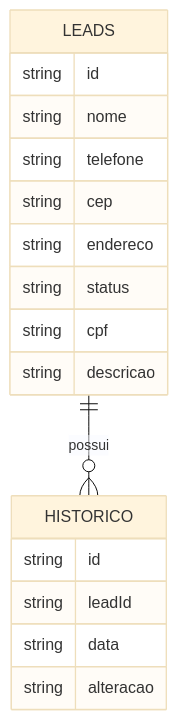
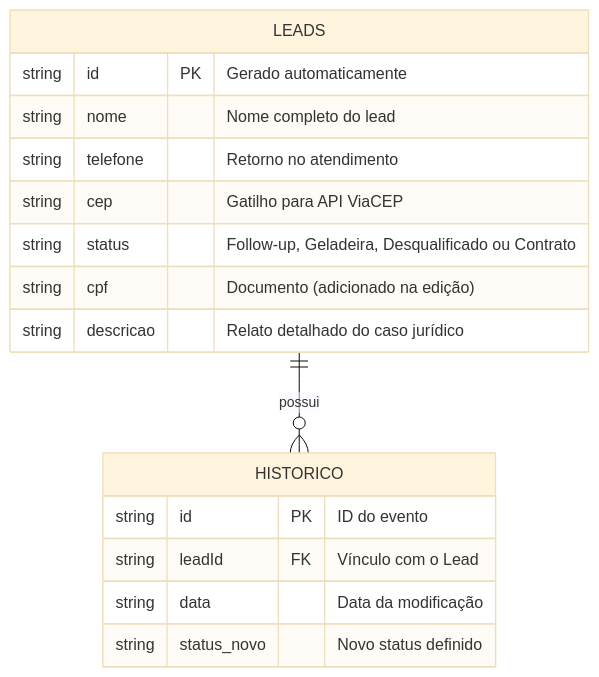
Before and after one commit to aalicemoreira/Lex-flow: the diagram in docs/spec.md, drawn with Mermaid (base theme).

Commit message:
mensagem

````diff
--- a/docs/spec.md
+++ b/docs/spec.md
@@ -8,20 +8,19 @@
 ```mermaid
 erDiagram
     LEADS ||--o{ HISTORICO : "possui"
     LEADS {
-        string id
-        string nome
-        string telefone
-        string cep
-        string endereco
-        string status
-        string cpf
-        string descricao
+        string id PK "Gerado automaticamente"
+        string nome "Nome completo do lead"
+        string telefone "Retorno no atendimento"
+        string cep "Gatilho para API ViaCEP"
+        string status "Follow-up, Geladeira, Desqualificado ou Contrato"
+        string cpf "Documento (adicionado na edição)"
+        string descricao "Relato detalhado do caso jurídico"
     }
     HISTORICO {
-        string id
-        string leadId
-        string data
-        string alteracao
+        string id PK "ID do evento"
+        string leadId FK "Vínculo com o Lead"
+        string data "Data da modificação"
+        string status_novo "Novo status definido"
     }
 ```
````
